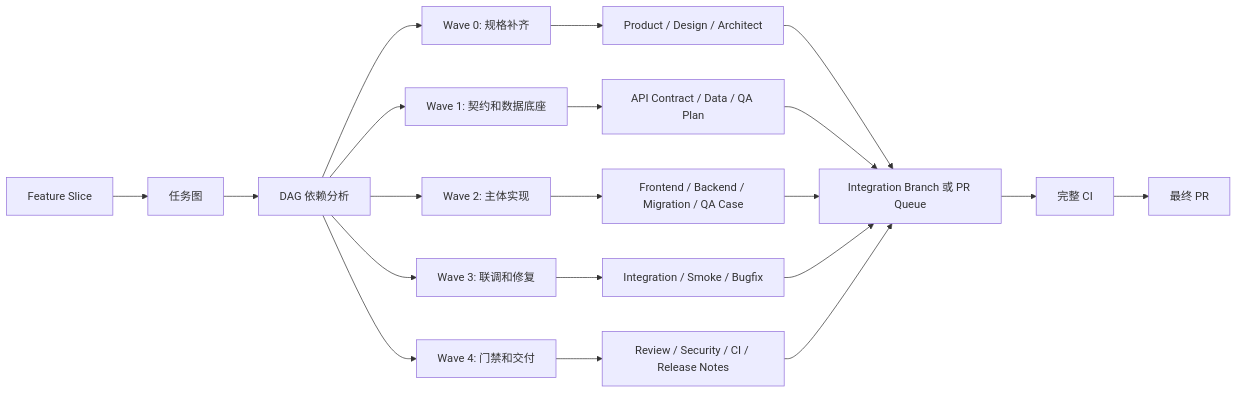
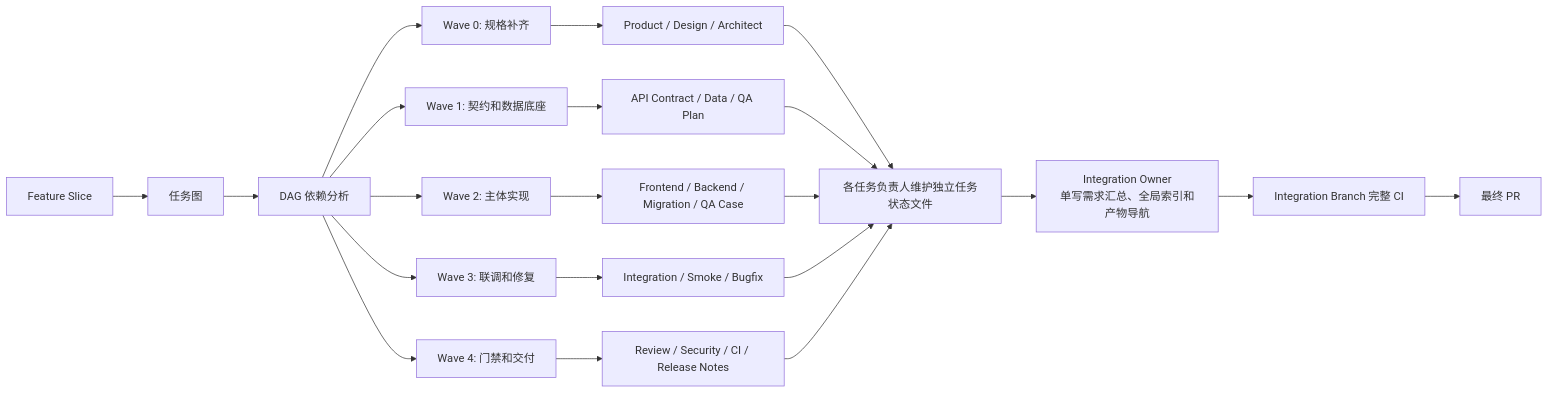
Before and after one commit to pnwo222/demo1: the second of 3 diagrams in PROJECT_WORKFLOW.md, drawn with Mermaid. The commit also changed other lines of this file and 13 other files, not shown here.

````diff
--- a/PROJECT_WORKFLOW.md
+++ b/PROJECT_WORKFLOW.md
@@ -110,24 +114,25 @@
 ```mermaid
 flowchart LR
     A[Feature Slice] --> B[任务图]
     B --> C[DAG 依赖分析]
     C --> D[Wave 0: 规格补齐]
     C --> E[Wave 1: 契约和数据底座]
     C --> F[Wave 2: 主体实现]
     C --> G[Wave 3: 联调和修复]
     C --> H[Wave 4: 门禁和交付]
 
     D --> D1[Product / Design / Architect]
     E --> E1[API Contract / Data / QA Plan]
     F --> F1[Frontend / Backend / Migration / QA Case]
     G --> G1[Integration / Smoke / Bugfix]
     H --> H1[Review / Security / CI / Release Notes]
 
-    D1 --> I[Integration Branch 或 PR Queue]
-    E1 --> I
-    F1 --> I
-    G1 --> I
-    H1 --> I
-    I --> J[完整 CI]
+    D1 --> T1["各任务负责人维护独立任务状态文件"]
+    E1 --> T1
+    F1 --> T1
+    G1 --> T1
+    H1 --> T1
+    T1 --> I["Integration Owner<br/>单写需求汇总、全局索引和产物导航"]
+    I --> J[Integration Branch 完整 CI]
     J --> K[最终 PR]
 ```
````
